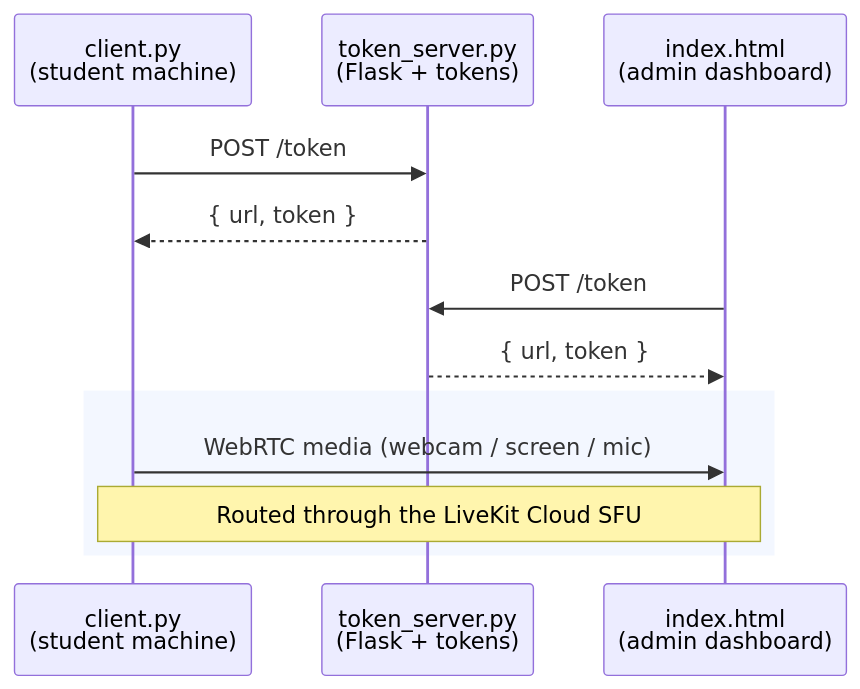
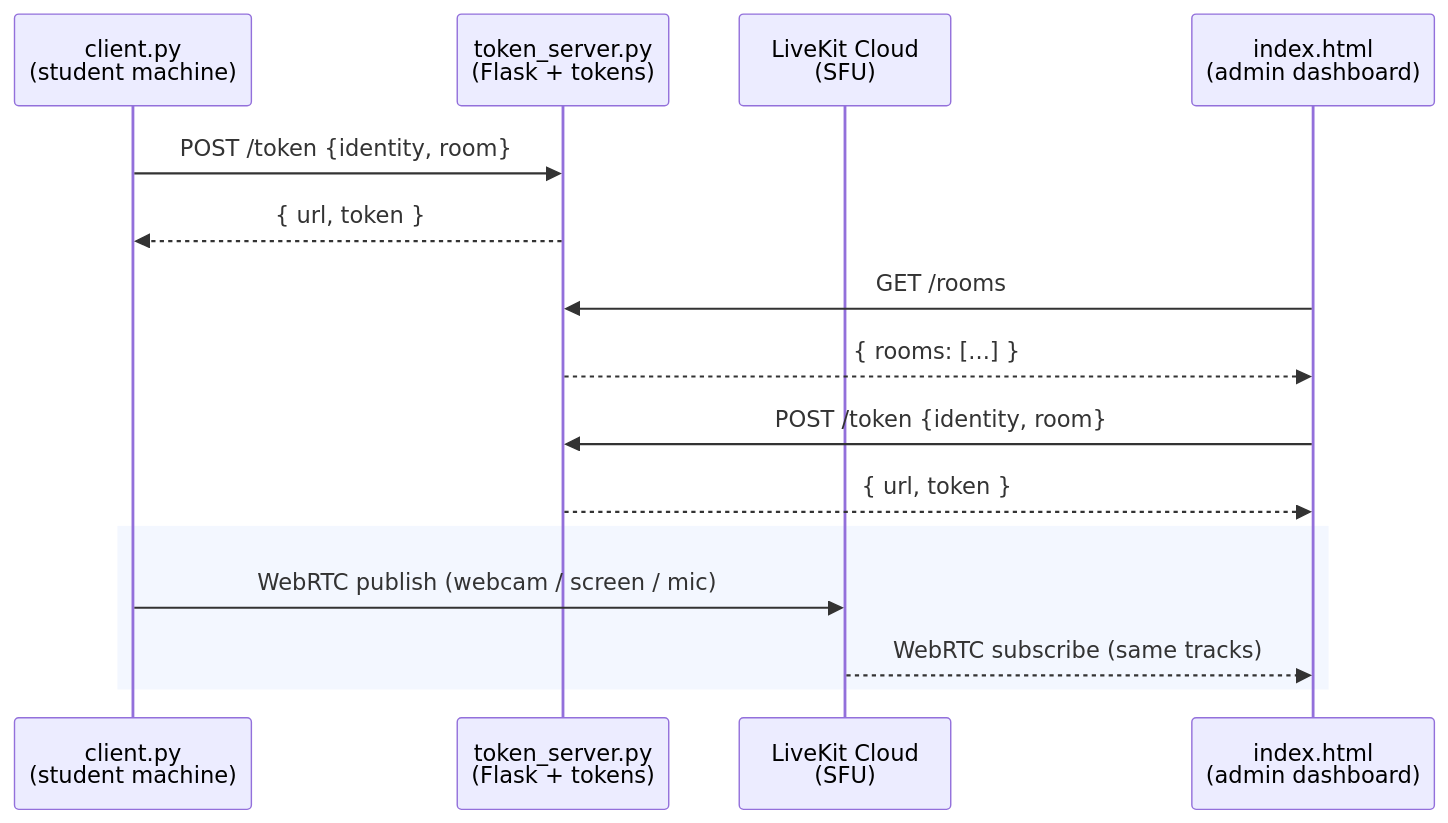
The diagram in README.md (Binidu01/Camera-mic-screen-share-caputure-in-silent), drawn with Mermaid before and after one commit. The commit also changed other lines of this file, not shown here.

````diff
--- a/README.md
+++ b/README.md
@@ -59,16 +82,21 @@
 ```mermaid
 sequenceDiagram
     participant C as client.py<br/>(student machine)
     participant S as token_server.py<br/>(Flask + tokens)
+    participant L as LiveKit Cloud<br/>(SFU)
     participant D as index.html<br/>(admin dashboard)
 
-    C->>S: POST /token
+    C->>S: POST /token {identity, room}
     S-->>C: { url, token }
-    D->>S: POST /token
+
+    D->>S: GET /rooms
+    S-->>D: { rooms: [...] }
+
+    D->>S: POST /token {identity, room}
     S-->>D: { url, token }
 
     rect rgba(100, 150, 255, 0.08)
-        C->>D: WebRTC media (webcam / screen / mic)
-        note over C,D: Routed through the LiveKit Cloud SFU
+        C->>L: WebRTC publish (webcam / screen / mic)
+        L-->>D: WebRTC subscribe (same tracks)
     end
 ```
````
